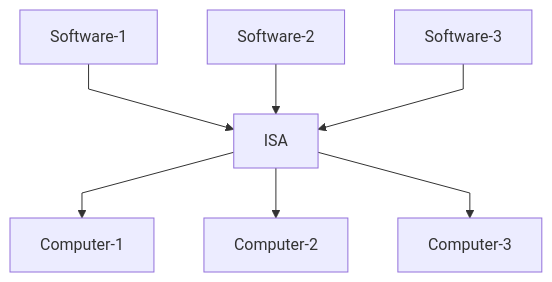
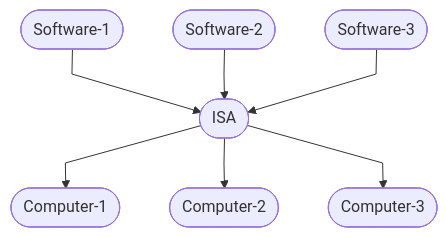
Before and after one commit to Trent-Fellbootman/dev000: the diagram in docs/developer-mindset/standards.md, drawn with Mermaid. The commit also changed 3 other files, not shown here.

Commit message:
Update mermaid blocks for better idioms

````diff
--- a/docs/developer-mindset/standards.md
+++ b/docs/developer-mindset/standards.md
@@ -70,12 +70,12 @@
 ```mermaid
 %%{init: { "flowchart": { "curve": "linear" } } }%%
 graph TD
 
-Software-1 --> ISA
-Software-2 --> ISA
-Software-3 --> ISA
+S1([Software-1]) --> I([ISA])
+S2([Software-2]) --> I
+S3([Software-3]) --> I
 
-ISA --> Computer-1
-ISA --> Computer-2
-ISA --> Computer-3
+I --> C1([Computer-1])
+I --> C2([Computer-2])
+I --> C3([Computer-3])
 ```
````
